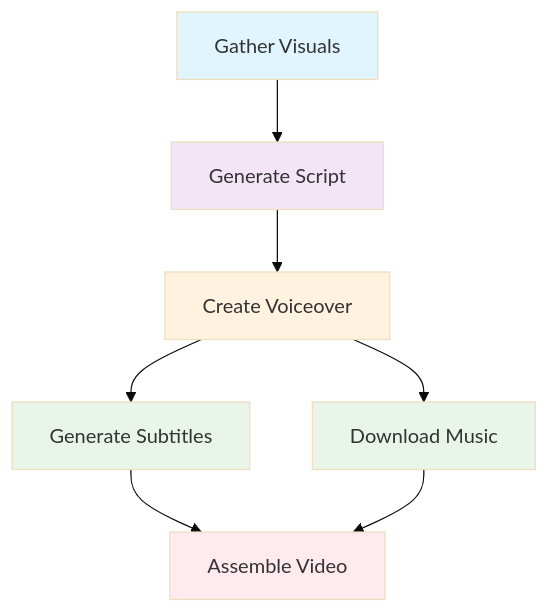
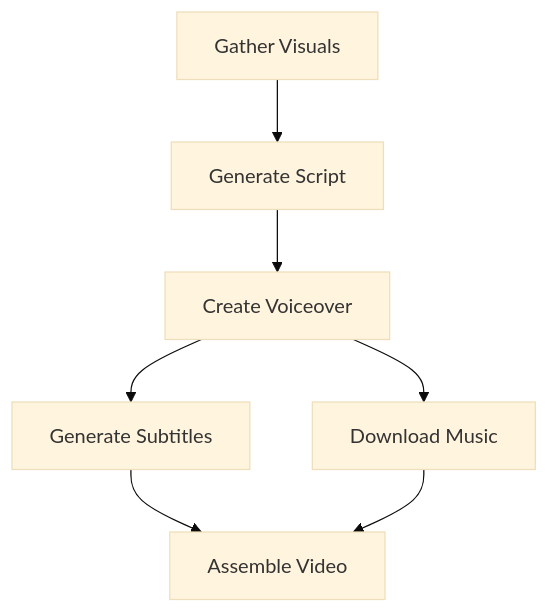
Before and after one commit to stkzlv/ContentEngineAI: the diagram in README.md, drawn with Mermaid (base theme). The commit also changed other lines of this file and 2 other files, not shown here.

````diff
--- a/README.md
+++ b/README.md
@@ -86,16 +76,9 @@
 ```mermaid
 graph TD
     A[Gather Visuals] --> B[Generate Script]
     B --> C[Create Voiceover]
     C --> D[Generate Subtitles]
     C --> E[Download Music]
     D --> F[Assemble Video]
     E --> F
-    
-    style A fill:#e1f5fe
-    style B fill:#f3e5f5
-    style C fill:#fff3e0
-    style D fill:#e8f5e8
-    style E fill:#e8f5e8
-    style F fill:#ffebee
 ```
````
